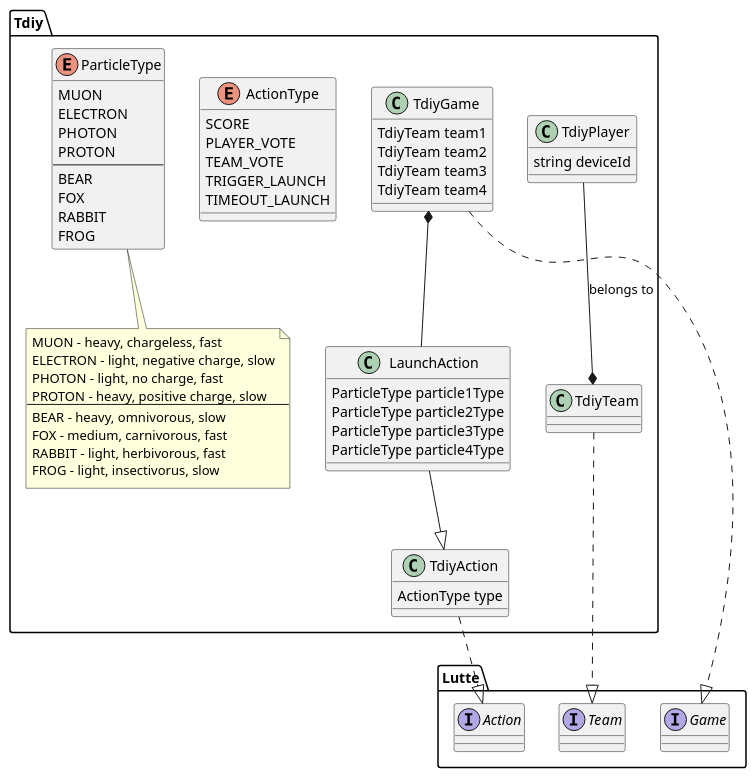
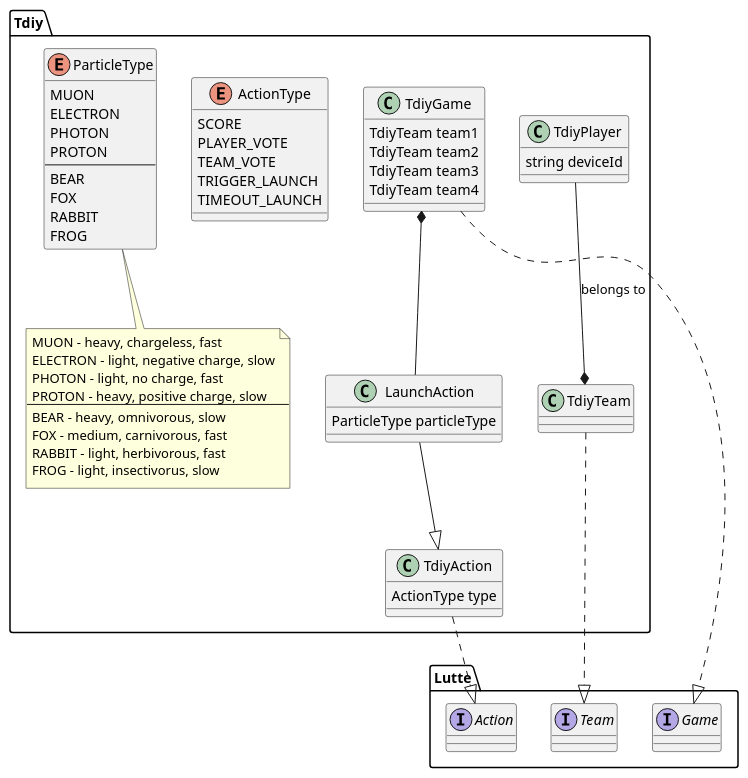
The diagram in docs/diagrams/classes.puml (CMCRobotics/the-detector-is-you), drawn with PlantUML before and after one commit. The commit also changed 8 other files, not shown here.

```diff
--- a/docs/diagrams/classes.puml
+++ b/docs/diagrams/classes.puml
@@ -1,78 +1,75 @@
 @startuml
 
 package Lutte {
     interface Team
     interface Action
     interface Game
 }
 
 package Tdiy {
     class TdiyGame {
         TdiyTeam team1
         TdiyTeam team2
         TdiyTeam team3
         TdiyTeam team4
     }
 
     TdiyGame ..|> Game 
     
     enum ParticleType {
         MUON
         ELECTRON
         PHOTON
         PROTON
         --
         BEAR
         FOX
         RABBIT
         FROG
     }
 
     note bottom of ParticleType
       MUON - heavy, chargeless, fast
       ELECTRON - light, negative charge, slow
       PHOTON - light, no charge, fast
       PROTON - heavy, positive charge, slow
       --
       BEAR - heavy, omnivorous, slow
       FOX - medium, carnivorous, fast
       RABBIT - light, herbivorous, fast
       FROG - light, insectivorus, slow
     end note
 
    class LaunchAction{
-        ParticleType particle1Type
-        ParticleType particle2Type
-        ParticleType particle3Type
-        ParticleType particle4Type
+        ParticleType particleType
     }
 
     TdiyGame *-- LaunchAction
     LaunchAction --|> TdiyAction
 
     enum ActionType {
         SCORE 
         PLAYER_VOTE
         TEAM_VOTE
         TRIGGER_LAUNCH 
         TIMEOUT_LAUNCH 
     }
 
     class TdiyAction {
         ActionType type
     }
 
     TdiyAction ..|> Action
 
     class TdiyTeam
     TdiyTeam ..|> Team
 
     class TdiyPlayer{
         string deviceId
     }
 
     TdiyPlayer --* TdiyTeam : belongs to
 
 
 }
 @enduml
```
